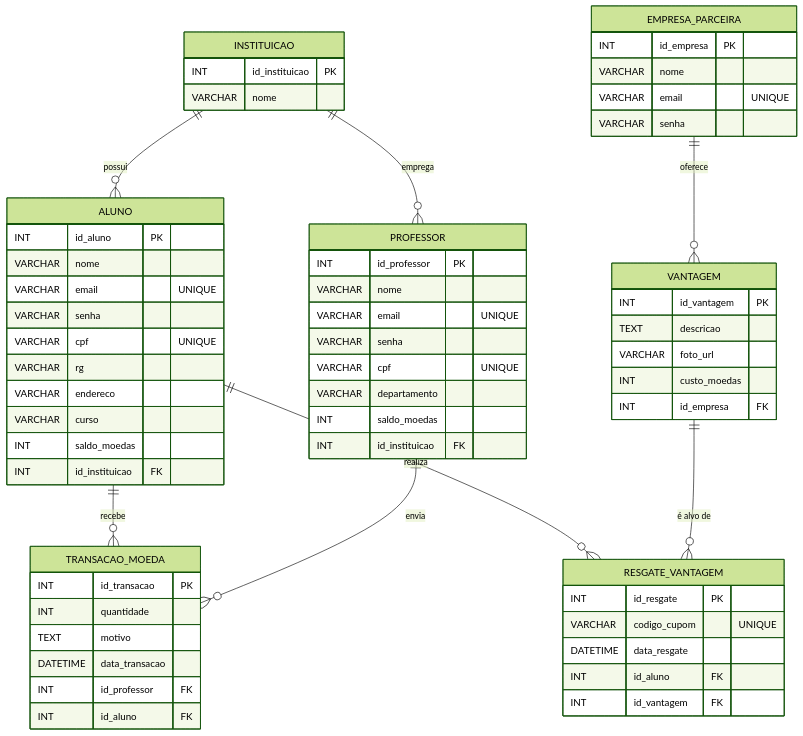
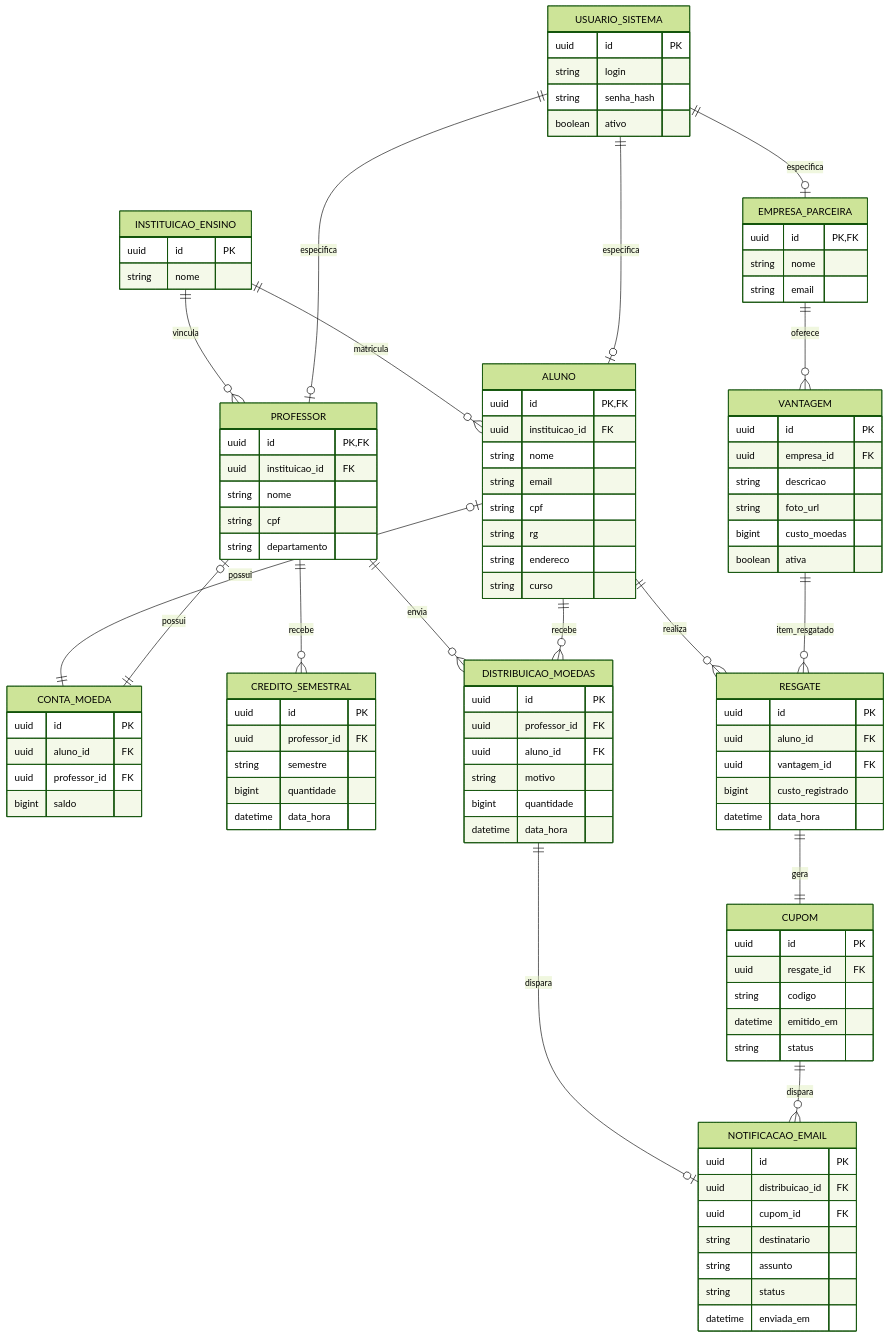
Before and after one commit to antoniiorabelo/SistemaDeMoedaEstudantil: the first of 5 diagrams in README.md, drawn with Mermaid (forest theme). The commit also changed other lines of this file, not shown here.

````diff
--- a/README.md
+++ b/README.md
@@ -66,74 +216,121 @@
 ```mermaid
 erDiagram
-    INSTITUICAO ||--o{ ALUNO : "possui"
-    INSTITUICAO ||--o{ PROFESSOR : "emprega"
-    
-    ALUNO ||--o{ TRANSACAO_MOEDA : "recebe"
-    PROFESSOR ||--o{ TRANSACAO_MOEDA : "envia"
-    
-    EMPRESA_PARCEIRA ||--o{ VANTAGEM : "oferece"
-    
-    ALUNO ||--o{ RESGATE_VANTAGEM : "realiza"
-    VANTAGEM ||--o{ RESGATE_VANTAGEM : "é alvo de"
+    INSTITUICAO_ENSINO {
+        uuid id PK
+        string nome
+    }
 
-    INSTITUICAO {
-        INT id_instituicao PK
-        VARCHAR nome
+    USUARIO_SISTEMA {
+        uuid id PK
+        string login
+        string senha_hash
+        boolean ativo
     }
 
     ALUNO {
-        INT id_aluno PK
-        VARCHAR nome
-        VARCHAR email "UNIQUE"
-        VARCHAR senha
-        VARCHAR cpf "UNIQUE"
-        VARCHAR rg
-        VARCHAR endereco
-        VARCHAR curso
-        INT saldo_moedas
-        INT id_instituicao FK
+        uuid id PK, FK
+        uuid instituicao_id FK
+        string nome
+        string email
+        string cpf
+        string rg
+        string endereco
+        string curso
     }
 
     PROFESSOR {
-        INT id_professor PK
-        VARCHAR nome
-        VARCHAR email "UNIQUE"
-        VARCHAR senha
-        VARCHAR cpf "UNIQUE"
-        VARCHAR departamento
-        INT saldo_moedas
-        INT id_instituicao FK
+        uuid id PK, FK
+        uuid instituicao_id FK
+        string nome
+        string cpf
+        string departamento
     }
 
     EMPRESA_PARCEIRA {
-        INT id_empresa PK
-        VARCHAR nome
-        VARCHAR email "UNIQUE"
-        VARCHAR senha
+        uuid id PK, FK
+        string nome
+        string email
+    }
+
+    CONTA_MOEDA {
+        uuid id PK
+        uuid aluno_id FK
+        uuid professor_id FK
+        bigint saldo
+    }
+
+    CREDITO_SEMESTRAL {
+        uuid id PK
+        uuid professor_id FK
+        string semestre
+        bigint quantidade
+        datetime data_hora
+    }
+
+    DISTRIBUICAO_MOEDAS {
+        uuid id PK
+        uuid professor_id FK
+        uuid aluno_id FK
+        string motivo
+        bigint quantidade
+        datetime data_hora
     }
 
     VANTAGEM {
-        INT id_vantagem PK
-        TEXT descricao
-        VARCHAR foto_url
-        INT custo_moedas
-        INT id_empresa FK
+        uuid id PK
+        uuid empresa_id FK
+        string descricao
+        string foto_url
+        bigint custo_moedas
+        boolean ativa
     }
 
-    TRANSACAO_MOEDA {
-        INT id_transacao PK
-        INT quantidade
-        TEXT motivo
-        DATETIME data_transacao
-        INT id_professor FK
-        INT id_aluno FK
+    RESGATE {
+        uuid id PK
+        uuid aluno_id FK
+        uuid vantagem_id FK
+        bigint custo_registrado
+        datetime data_hora
     }
 
-    RESGATE_VANTAGEM {
-        INT id_resgate PK
-        VARCHAR codigo_cupom "UNIQUE"
-        DATETIME data_resgate
-        INT id_aluno FK
-        INT id_vantagem FK
+    CUPOM {
+        uuid id PK
+        uuid resgate_id FK
+        string codigo
+        datetime emitido_em
+        string status
     }
+
+    NOTIFICACAO_EMAIL {
+        uuid id PK
+        uuid distribuicao_id FK
+        uuid cupom_id FK
+        string destinatario
+        string assunto
+        string status
+        datetime enviada_em
+    }
+
+    INSTITUICAO_ENSINO ||--o{ ALUNO : matricula
+    INSTITUICAO_ENSINO ||--o{ PROFESSOR : vincula
+
+    USUARIO_SISTEMA ||--o| ALUNO : especifica
+    USUARIO_SISTEMA ||--o| PROFESSOR : especifica
+    USUARIO_SISTEMA ||--o| EMPRESA_PARCEIRA : especifica
+
+    ALUNO |o--|| CONTA_MOEDA : possui
+    PROFESSOR |o--|| CONTA_MOEDA : possui
+
+    PROFESSOR ||--o{ CREDITO_SEMESTRAL : recebe
+    PROFESSOR ||--o{ DISTRIBUICAO_MOEDAS : envia
+    ALUNO ||--o{ DISTRIBUICAO_MOEDAS : recebe
+
+    EMPRESA_PARCEIRA ||--o{ VANTAGEM : oferece
+    ALUNO ||--o{ RESGATE : realiza
+    VANTAGEM ||--o{ RESGATE : item_resgatado
+
+    RESGATE ||--|| CUPOM : gera
+
+    DISTRIBUICAO_MOEDAS ||--o| NOTIFICACAO_EMAIL : dispara
+    CUPOM ||--o{ NOTIFICACAO_EMAIL : dispara
 ```
````
